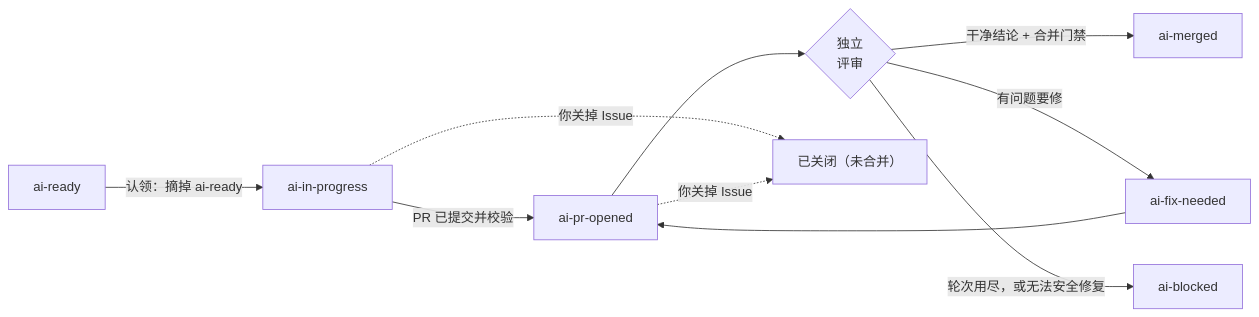
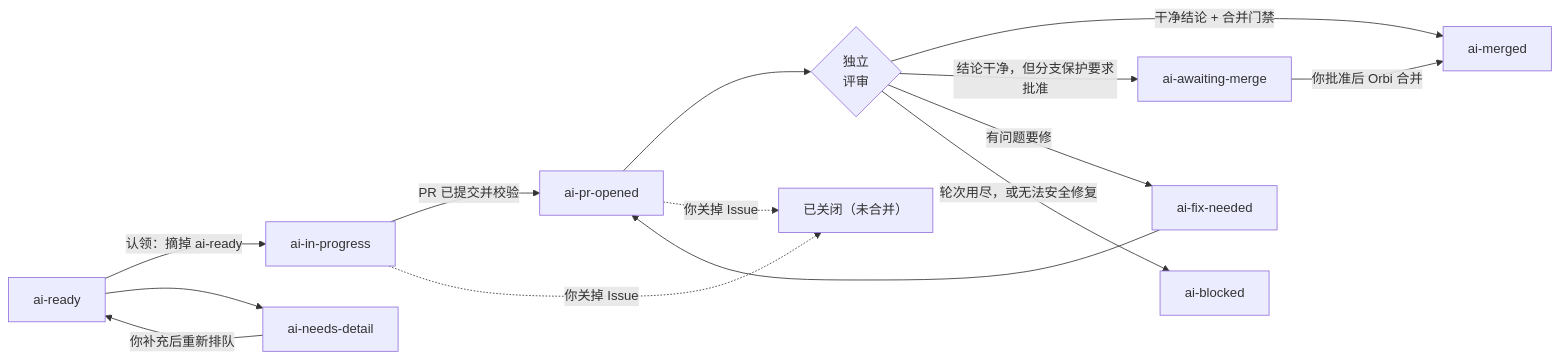
Before and after one commit to orbi-build/orbi-cloud-docs: the diagram in zh/delivery-lifecycle.mdx, drawn with Mermaid. The commit also changed other lines of this file and 17 other files, not shown here.

````diff
--- a/zh/delivery-lifecycle.mdx
+++ b/zh/delivery-lifecycle.mdx
@@ -14,12 +14,16 @@
 ```mermaid
 flowchart LR
   ready["ai-ready"] -->|认领：摘掉 ai-ready| progress["ai-in-progress"]
   progress -->|PR 已提交并校验| opened["ai-pr-opened"]
   opened --> review{"独立<br/>评审"}
+  ready --> needsdetail["ai-needs-detail"]
+  needsdetail -->|"你补充后重新排队"| ready
   review -->|干净结论 + 合并门禁| merged["ai-merged"]
+  review -->|"结论干净，但分支保护要求批准"| awaiting["ai-awaiting-merge"]
+  awaiting -->|"你批准后 Orbi 合并"| merged
   review -->|有问题要修| fix["ai-fix-needed"]
   fix --> opened
   review -->|轮次用尽，或无法安全修复| blocked["ai-blocked"]
   progress -.->|你关掉 Issue| closed["已关闭（未合并）"]
   opened -.->|你关掉 Issue| closed
 ```
````
